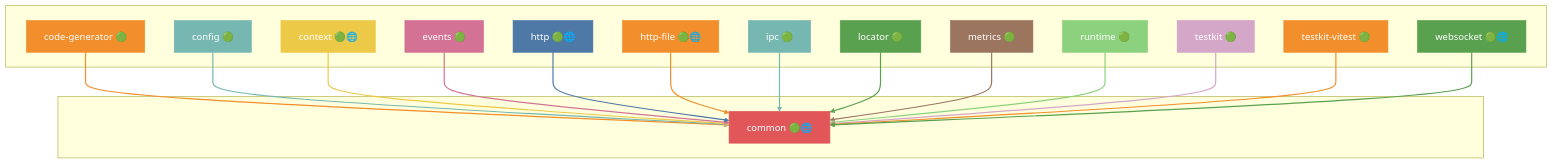
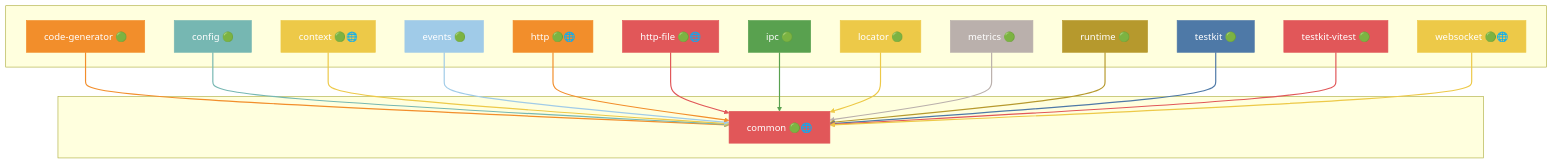
One commit to grest-ts/grest-ts changed the fourth of 43 diagrams in docs/DEPENDENCIES.md. Above: the diagram before and after it, drawn with Mermaid. The commit also changed other lines of this file and 14 other files, not shown here.

````diff
--- a/docs/DEPENDENCIES.md
+++ b/docs/DEPENDENCIES.md
@@ -433,61 +443,61 @@
 ```mermaid
 flowchart TB
     subgraph Dependents[" "]
         code-generator["code-generator 🟢"]
         config["config 🟢"]
         context["context 🟢🌐"]
         events["events 🟢"]
         http["http 🟢🌐"]
         http-file["http-file 🟢🌐"]
         ipc["ipc 🟢"]
         locator["locator 🟢"]
         metrics["metrics 🟢"]
         runtime["runtime 🟢"]
         testkit["testkit 🟢"]
         testkit-vitest["testkit-vitest 🟢"]
         websocket["websocket 🟢🌐"]
     end
     subgraph Package[" "]
         common["common 🟢🌐"]
     end
     code-generator --> common
     config --> common
     context --> common
     events --> common
     http --> common
     http-file --> common
     ipc --> common
     locator --> common
     metrics --> common
     runtime --> common
     testkit --> common
     testkit-vitest --> common
     websocket --> common
     style common fill:#E15759,stroke:#E15759,color:#fff
     style code-generator fill:#F28E2B,stroke:#F28E2B,color:#fff
     style config fill:#76B7B2,stroke:#76B7B2,color:#fff
     style context fill:#EDC948,stroke:#EDC948,color:#fff
-    style events fill:#D37295,stroke:#D37295,color:#fff
-    style http fill:#4E79A7,stroke:#4E79A7,color:#fff
-    style http-file fill:#F28E2B,stroke:#F28E2B,color:#fff
-    style ipc fill:#76B7B2,stroke:#76B7B2,color:#fff
-    style locator fill:#59A14F,stroke:#59A14F,color:#fff
-    style metrics fill:#9C755F,stroke:#9C755F,color:#fff
-    style runtime fill:#8CD17D,stroke:#8CD17D,color:#fff
-    style testkit fill:#D4A6C8,stroke:#D4A6C8,color:#fff
-    style testkit-vitest fill:#F28E2B,stroke:#F28E2B,color:#fff
-    style websocket fill:#59A14F,stroke:#59A14F,color:#fff
+    style events fill:#A0CBE8,stroke:#A0CBE8,color:#fff
+    style http fill:#F28E2B,stroke:#F28E2B,color:#fff
+    style http-file fill:#E15759,stroke:#E15759,color:#fff
+    style ipc fill:#59A14F,stroke:#59A14F,color:#fff
+    style locator fill:#EDC948,stroke:#EDC948,color:#fff
+    style metrics fill:#BAB0AC,stroke:#BAB0AC,color:#fff
+    style runtime fill:#B6992D,stroke:#B6992D,color:#fff
+    style testkit fill:#4E79A7,stroke:#4E79A7,color:#fff
+    style testkit-vitest fill:#E15759,stroke:#E15759,color:#fff
+    style websocket fill:#EDC948,stroke:#EDC948,color:#fff
     linkStyle 0 stroke:#F28E2B,stroke-width:2px
     linkStyle 1 stroke:#76B7B2,stroke-width:2px
     linkStyle 2 stroke:#EDC948,stroke-width:2px
-    linkStyle 3 stroke:#D37295,stroke-width:2px
-    linkStyle 4 stroke:#4E79A7,stroke-width:2px
-    linkStyle 5 stroke:#F28E2B,stroke-width:2px
-    linkStyle 6 stroke:#76B7B2,stroke-width:2px
-    linkStyle 7 stroke:#59A14F,stroke-width:2px
-    linkStyle 8 stroke:#9C755F,stroke-width:2px
-    linkStyle 9 stroke:#8CD17D,stroke-width:2px
-    linkStyle 10 stroke:#D4A6C8,stroke-width:2px
-    linkStyle 11 stroke:#F28E2B,stroke-width:2px
-    linkStyle 12 stroke:#59A14F,stroke-width:2px
+    linkStyle 3 stroke:#A0CBE8,stroke-width:2px
+    linkStyle 4 stroke:#F28E2B,stroke-width:2px
+    linkStyle 5 stroke:#E15759,stroke-width:2px
+    linkStyle 6 stroke:#59A14F,stroke-width:2px
+    linkStyle 7 stroke:#EDC948,stroke-width:2px
+    linkStyle 8 stroke:#BAB0AC,stroke-width:2px
+    linkStyle 9 stroke:#B6992D,stroke-width:2px
+    linkStyle 10 stroke:#4E79A7,stroke-width:2px
+    linkStyle 11 stroke:#E15759,stroke-width:2px
+    linkStyle 12 stroke:#EDC948,stroke-width:2px
 ```
````
